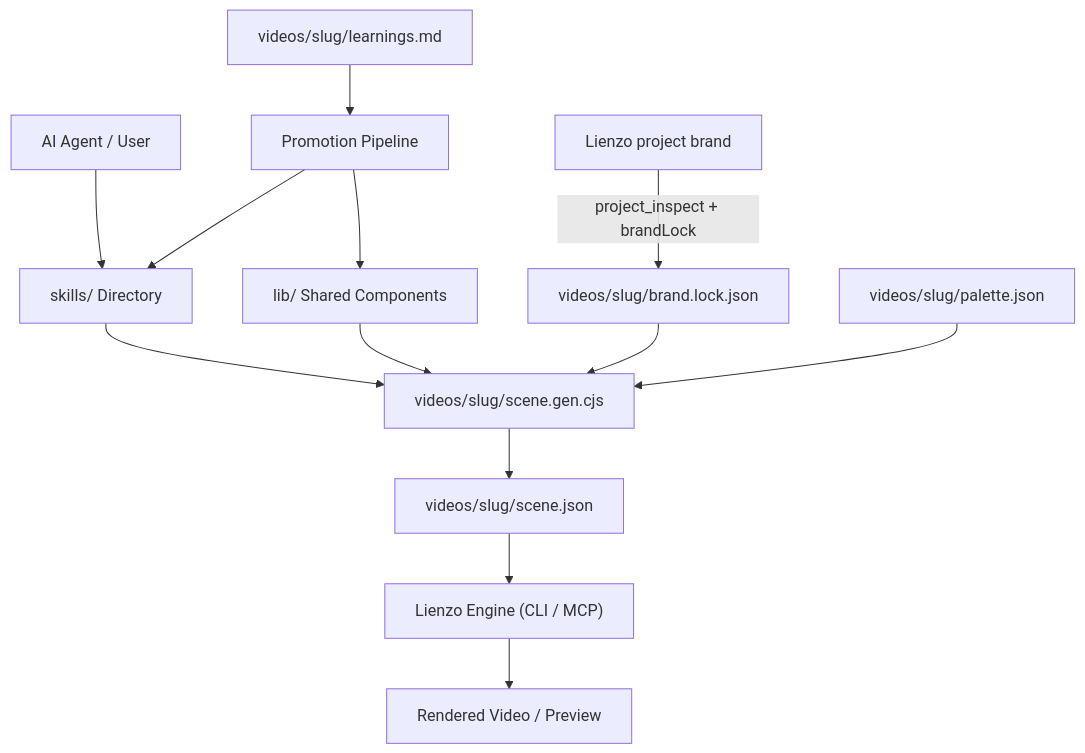
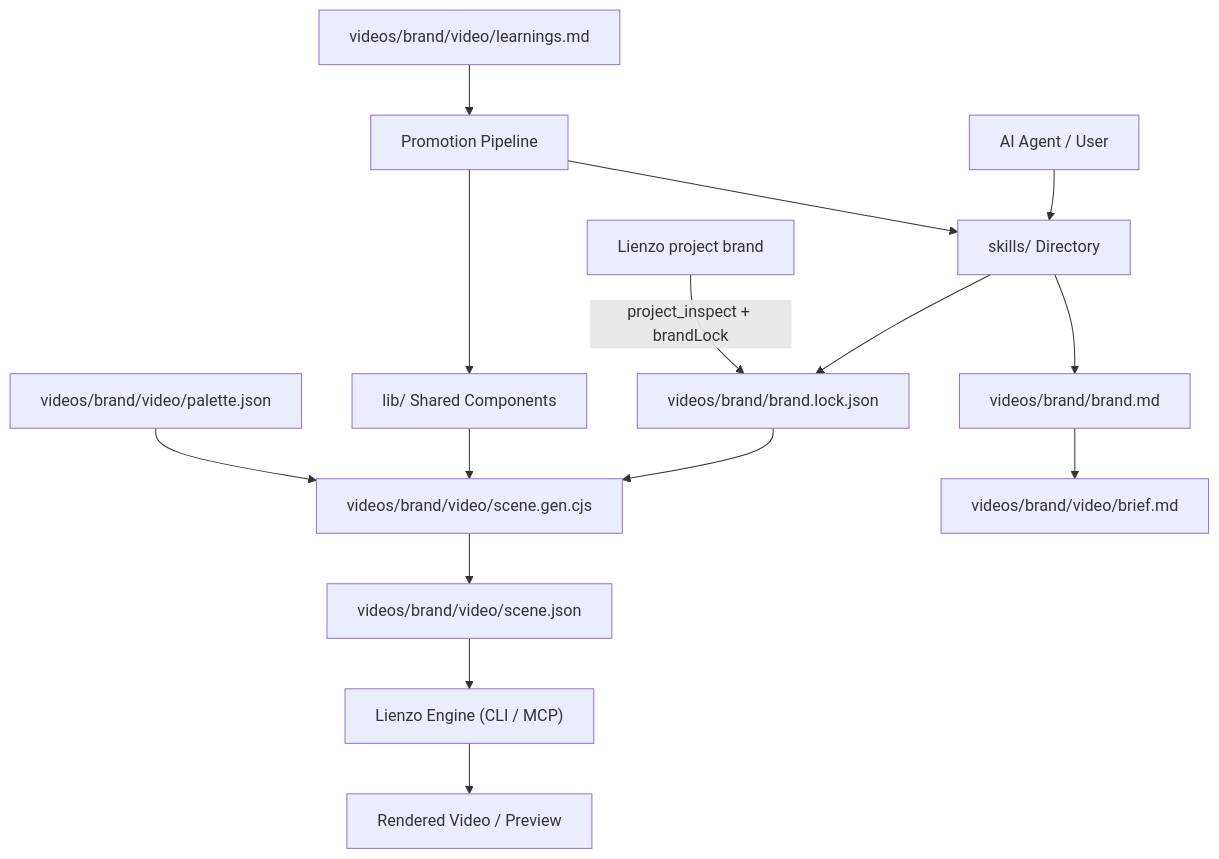
One commit to SebassContreras/animator changed the diagram in ARCHITECTURE.md. Above: the diagram before and after it, drawn with Mermaid. The commit also changed other lines of this file and 34 other files, not shown here.

Commit message:
feat(architecture): organize videos by brand and gitignore user workspaces (014)

````diff
--- a/ARCHITECTURE.md
+++ b/ARCHITECTURE.md
@@ -56,15 +59,17 @@
 ```mermaid
 flowchart TD
     Agent[AI Agent / User] --> Skills[skills/ Directory]
-    Skills --> VideoGen["videos/slug/scene.gen.cjs"]
+    Skills --> BrandSnap["videos/brand/brand.lock.json"]
+    Skills --> BrandGuide["videos/brand/brand.md"]
+    Brand["Lienzo project brand"] -->|project_inspect + brandLock| BrandSnap
+    BrandSnap --> VideoGen["videos/brand/video/scene.gen.cjs"]
+    BrandGuide --> Storyboard["videos/brand/video/brief.md"]
     Lib["lib/ Shared Components"] --> VideoGen
-    Brand["Lienzo project brand"] -->|project_inspect + brandLock| Lock["videos/slug/brand.lock.json"]
-    Lock --> VideoGen
-    Palette["videos/slug/palette.json"] --> VideoGen
-    VideoGen --> SceneJSON["videos/slug/scene.json"]
+    Palette["videos/brand/video/palette.json"] --> VideoGen
+    VideoGen --> SceneJSON["videos/brand/video/scene.json"]
     SceneJSON --> Lienzo["Lienzo Engine (CLI / MCP)"]
     Lienzo --> VideoExport[Rendered Video / Preview]
-    VideoLearnings["videos/slug/learnings.md"] --> Promotion[Promotion Pipeline]
+    VideoLearnings["videos/brand/video/learnings.md"] --> Promotion[Promotion Pipeline]
     Promotion --> Lib
     Promotion --> Skills
 ```
````
